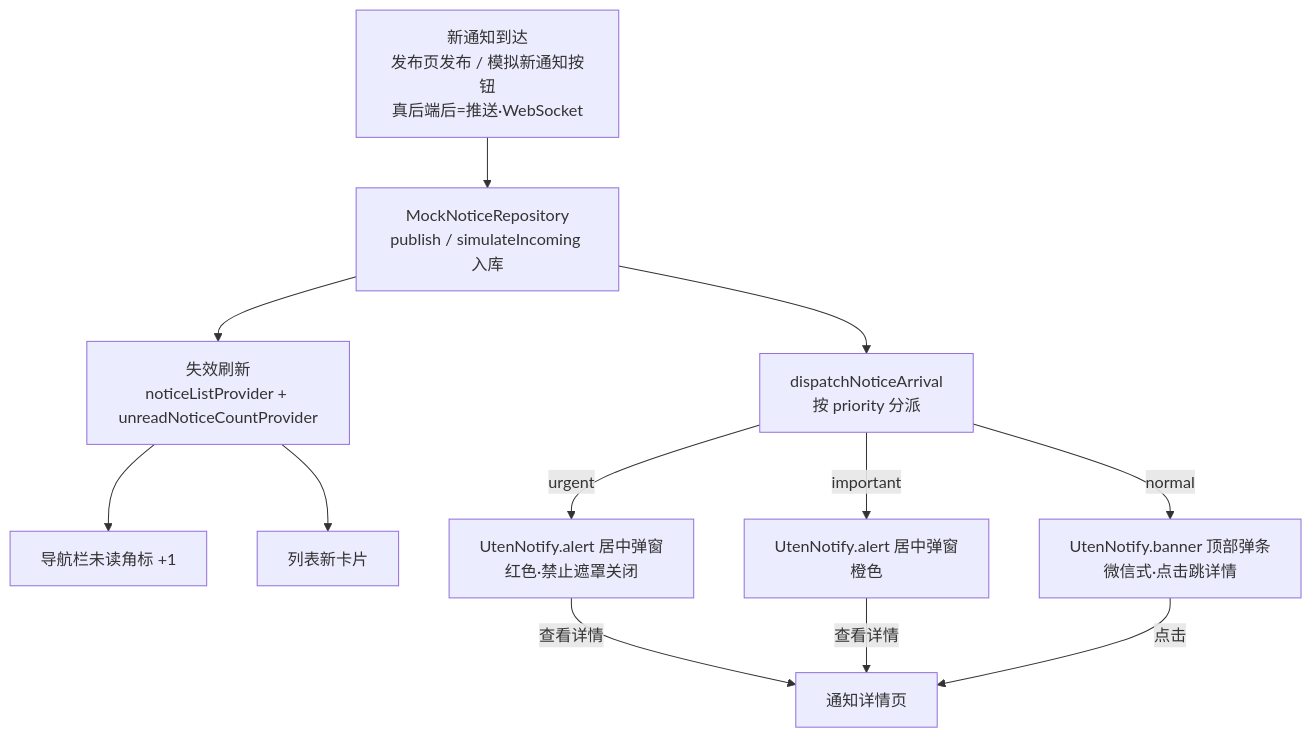
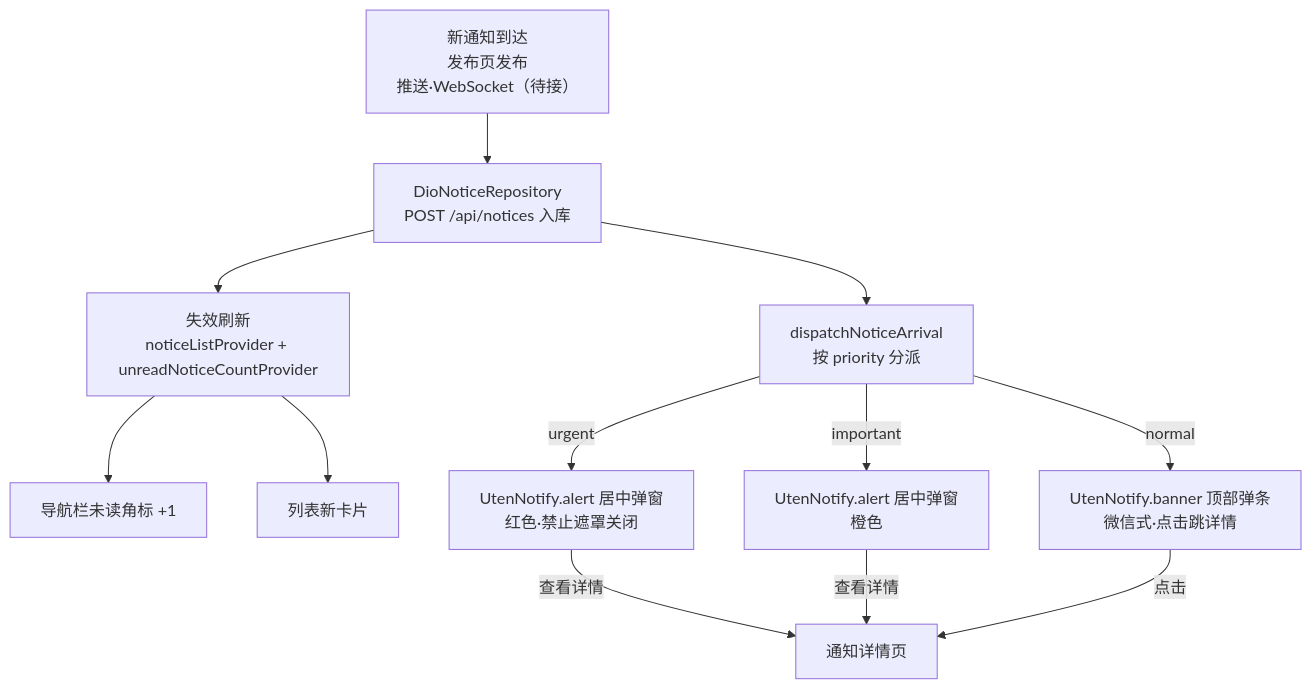
Before and after one commit to BruceChu0424/utenelec_imp: the second of 3 diagrams in docs/03-页面/通知列表页.md, drawn with Mermaid. The commit also changed other lines of this file and 385 other files, not shown here.

````diff
--- a/docs/03-页面/通知列表页.md
+++ b/docs/03-页面/通知列表页.md
@@ -119,14 +122,14 @@
 ```mermaid
 flowchart TD
-    T[新通知到达<br/>发布页发布 / 模拟新通知按钮<br/>真后端后=推送·WebSocket] --> REPO[MockNoticeRepository<br/>publish / simulateIncoming 入库]
+    T[新通知到达<br/>发布页发布<br/>推送·WebSocket（待接）] --> REPO[DioNoticeRepository<br/>POST /api/notices 入库]
     REPO --> INV[失效刷新<br/>noticeListProvider + unreadNoticeCountProvider]
     INV --> BADGE[导航栏未读角标 +1]
     INV --> LIST2[列表新卡片]
     REPO --> DISP[dispatchNoticeArrival<br/>按 priority 分派]
     DISP -->|urgent| ALERT1[UtenNotify.alert 居中弹窗<br/>红色·禁止遮罩关闭]
     DISP -->|important| ALERT2[UtenNotify.alert 居中弹窗<br/>橙色]
     DISP -->|normal| BANNER[UtenNotify.banner 顶部弹条<br/>微信式·点击跳详情]
     ALERT1 -->|查看详情| DETAIL[通知详情页]
     ALERT2 -->|查看详情| DETAIL
     BANNER -->|点击| DETAIL
 ```
````
